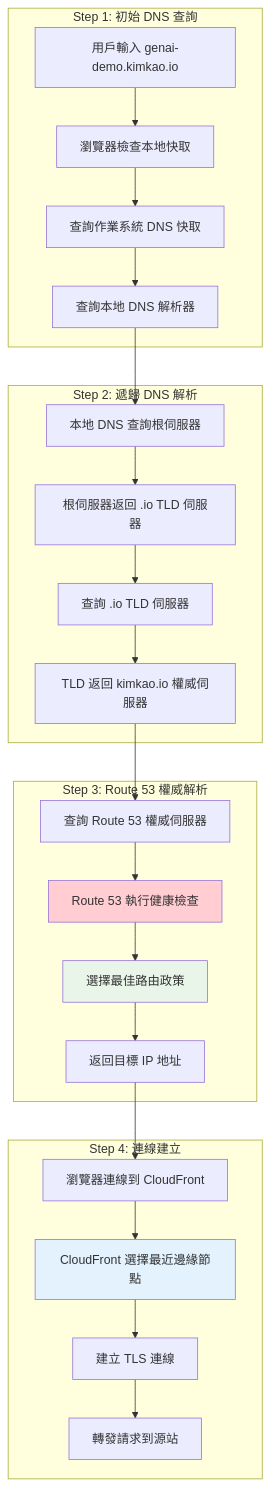
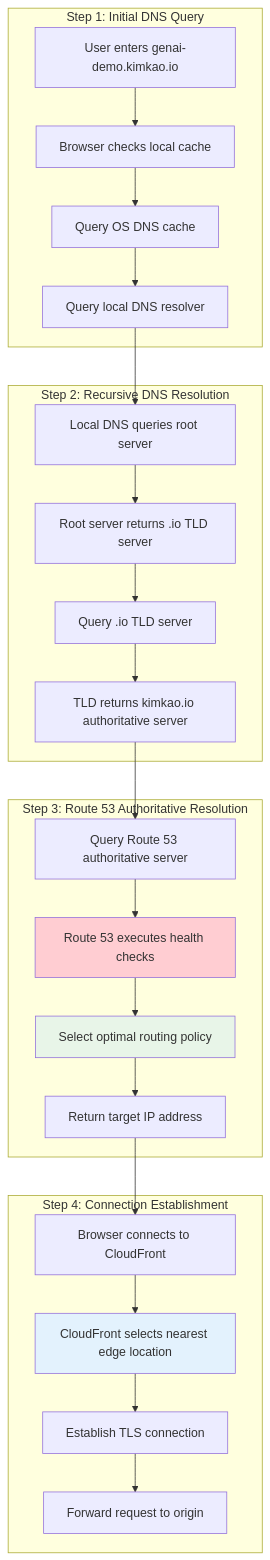
Before and after one commit to humank/genai-demo: the third of 11 diagrams in docs/viewpoints/operational/dns-disaster-recovery.md, drawn with Mermaid. The commit also changed other lines of this file and 453 other files, not shown here.

First line of the commit message:
feat: Complete translation of key architecture and API documentation

````diff
--- a/docs/viewpoints/operational/dns-disaster-recovery.md
+++ b/docs/viewpoints/operational/dns-disaster-recovery.md
@@ -203,50 +203,50 @@
 ```mermaid
 graph TD
-    subgraph "Step 1: 初始 DNS 查詢"
-        A1[用戶輸入 genai-demo.kimkao.io]
-        A2[瀏覽器檢查本地快取]
-        A3[查詢作業系統 DNS 快取]
-        A4[查詢本地 DNS 解析器]
+    subgraph "Step 1: Initial DNS Query"
+        A1[User enters genai-demo.kimkao.io]
+        A2[Browser checks local cache]
+        A3[Query OS DNS cache]
+        A4[Query local DNS resolver]
     end
     
-    subgraph "Step 2: 遞歸 DNS 解析"
-        B1[本地 DNS 查詢根伺服器]
-        B2[根伺服器返回 .io TLD 伺服器]
-        B3[查詢 .io TLD 伺服器]
-        B4[TLD 返回 kimkao.io 權威伺服器]
+    subgraph "Step 2: Recursive DNS Resolution"
+        B1[Local DNS queries root server]
+        B2[Root server returns .io TLD server]
+        B3[Query .io TLD server]
+        B4[TLD returns kimkao.io authoritative server]
     end
     
-    subgraph "Step 3: Route 53 權威解析"
-        C1[查詢 Route 53 權威伺服器]
-        C2[Route 53 執行健康檢查]
-        C3[選擇最佳路由政策]
-        C4[返回目標 IP 地址]
+    subgraph "Step 3: Route 53 Authoritative Resolution"
+        C1[Query Route 53 authoritative server]
+        C2[Route 53 executes health checks]
+        C3[Select optimal routing policy]
+        C4[Return target IP address]
     end
     
-    subgraph "Step 4: 連線建立"
-        D1[瀏覽器連線到 CloudFront]
-        D2[CloudFront 選擇最近邊緣節點]
-        D3[建立 TLS 連線]
-        D4[轉發請求到源站]
+    subgraph "Step 4: Connection Establishment"
+        D1[Browser connects to CloudFront]
+        D2[CloudFront selects nearest edge location]
+        D3[Establish TLS connection]
+        D4[Forward request to origin]
     end
     
     A1 --> A2
     A2 --> A3
     A3 --> A4
     A4 --> B1
     B1 --> B2
     B2 --> B3
     B3 --> B4
     B4 --> C1
     C1 --> C2
     C2 --> C3
     C3 --> C4
     C4 --> D1
     D1 --> D2
     D2 --> D3
     D3 --> D4
     
     style C2 fill:#ffcdd2
     style C3 fill:#e8f5e8
     style D2 fill:#e3f2fd
 ```
````
